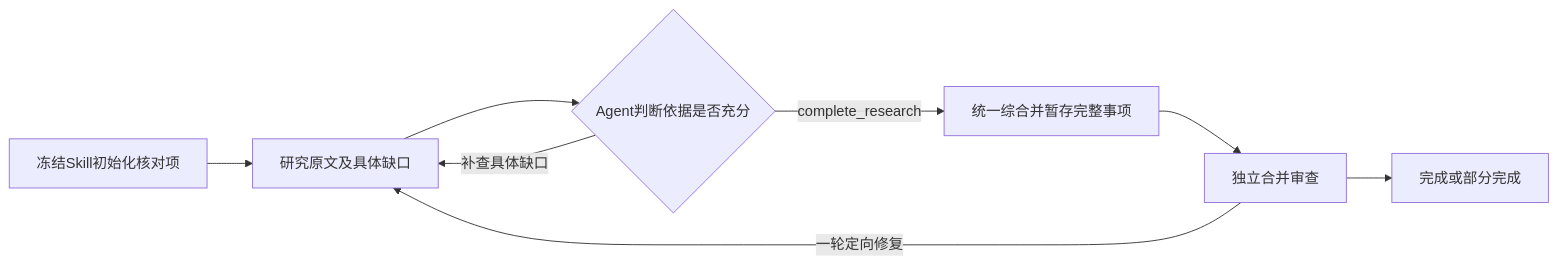
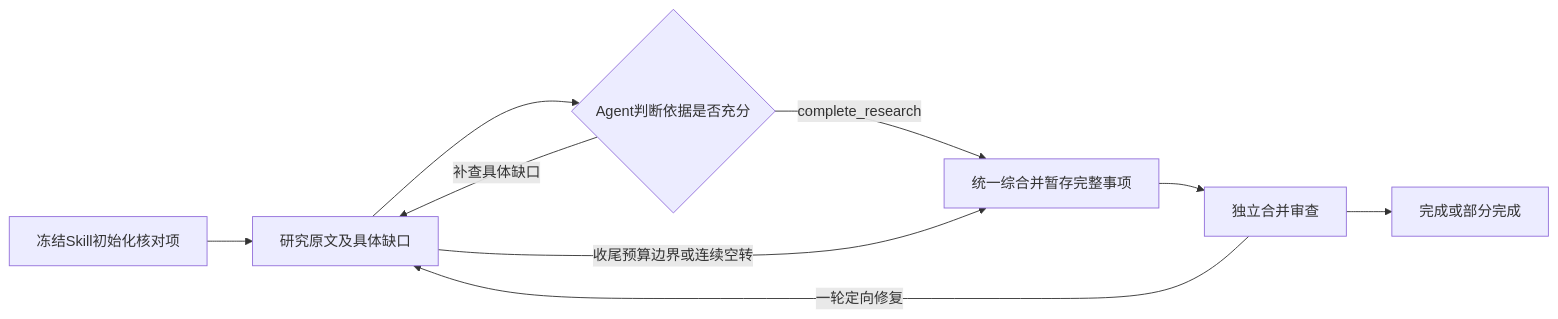
The diagram in docs/工程/14-解析Skill与运行护栏.md (wph989/AI-tender), drawn with Mermaid before and after one commit. The commit also changed other lines of this file and 31 other files, not shown here.

````diff
--- a/docs/工程/14-解析Skill与运行护栏.md
+++ b/docs/工程/14-解析Skill与运行护栏.md
@@ -9,10 +9,11 @@
 ```mermaid
 flowchart LR
     A[冻结Skill初始化核对项] --> B[研究原文及具体缺口]
     B --> C{Agent判断依据是否充分}
     C -->|补查具体缺口| B
     C -->|complete_research| D[统一综合并暂存完整事项]
+    B -->|收尾预算边界或连续空转| D
     D --> E[独立合并审查]
     E -->|一轮定向修复| B
     E --> F[完成或部分完成]
 ```
````
